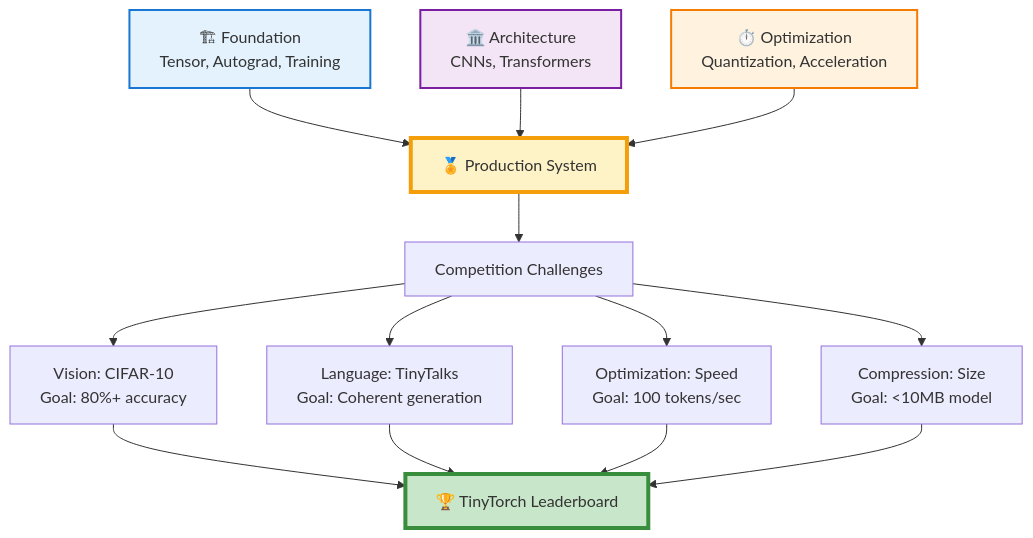
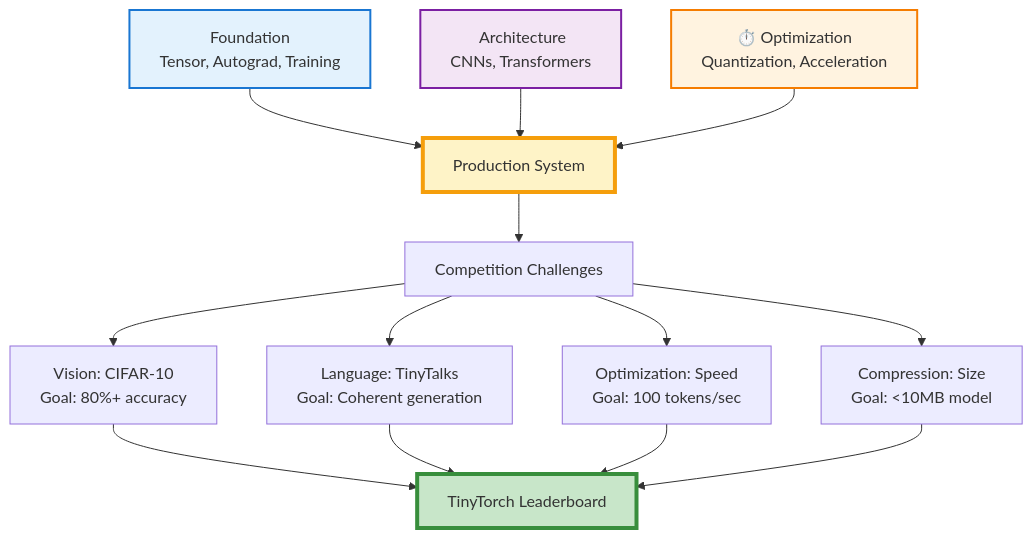
Before and after one commit to harvard-edge/cs249r_book: the diagram in tinytorch/site/tiers/olympics.md, drawn with Mermaid. The commit also changed other lines of this file and 56 other files, not shown here.

First line of the commit message:
style: rebrand "Your TinyTorch" to "Your Tiny🔥Torch" across codebase

````diff
--- a/tinytorch/site/tiers/olympics.md
+++ b/tinytorch/site/tiers/olympics.md
@@ -29,28 +29,28 @@
 ```{mermaid}
 graph TB
-    FOUNDATION[🏗 Foundation<br/>Tensor, Autograd, Training]
-    ARCHITECTURE[🏛️ Architecture<br/>CNNs, Transformers]
-    OPTIMIZATION[⏱️ Optimization<br/>Quantization, Acceleration]
+ FOUNDATION[ Foundation<br/>Tensor, Autograd, Training]
+ ARCHITECTURE[️ Architecture<br/>CNNs, Transformers]
+ OPTIMIZATION[⏱️ Optimization<br/>Quantization, Acceleration]
 
-    FOUNDATION --> SYSTEM[🏅 Production System]
-    ARCHITECTURE --> SYSTEM
-    OPTIMIZATION --> SYSTEM
+ FOUNDATION --> SYSTEM[ Production System]
+ ARCHITECTURE --> SYSTEM
+ OPTIMIZATION --> SYSTEM
 
-    SYSTEM --> CHALLENGES[Competition Challenges]
+ SYSTEM --> CHALLENGES[Competition Challenges]
 
-    CHALLENGES --> C1[Vision: CIFAR-10<br/>Goal: 80%+ accuracy]
-    CHALLENGES --> C2[Language: TinyTalks<br/>Goal: Coherent generation]
-    CHALLENGES --> C3[Optimization: Speed<br/>Goal: 100 tokens/sec]
-    CHALLENGES --> C4[Compression: Size<br/>Goal: <10MB model]
+ CHALLENGES --> C1[Vision: CIFAR-10<br/>Goal: 80%+ accuracy]
+ CHALLENGES --> C2[Language: TinyTalks<br/>Goal: Coherent generation]
+ CHALLENGES --> C3[Optimization: Speed<br/>Goal: 100 tokens/sec]
+ CHALLENGES --> C4[Compression: Size<br/>Goal: <10MB model]
 
-    C1 --> LEADERBOARD[🏆 TinyTorch Leaderboard]
-    C2 --> LEADERBOARD
-    C3 --> LEADERBOARD
-    C4 --> LEADERBOARD
+ C1 --> LEADERBOARD[ TinyTorch Leaderboard]
+ C2 --> LEADERBOARD
+ C3 --> LEADERBOARD
+ C4 --> LEADERBOARD
 
-    style FOUNDATION fill:#e3f2fd,stroke:#1976d2,stroke-width:2px
-    style ARCHITECTURE fill:#f3e5f5,stroke:#7b1fa2,stroke-width:2px
-    style OPTIMIZATION fill:#fff3e0,stroke:#f57c00,stroke-width:2px
-    style SYSTEM fill:#fef3c7,stroke:#f59e0b,stroke-width:4px
-    style LEADERBOARD fill:#c8e6c9,stroke:#388e3c,stroke-width:4px
+ style FOUNDATION fill:#e3f2fd,stroke:#1976d2,stroke-width:2px
+ style ARCHITECTURE fill:#f3e5f5,stroke:#7b1fa2,stroke-width:2px
+ style OPTIMIZATION fill:#fff3e0,stroke:#f57c00,stroke-width:2px
+ style SYSTEM fill:#fef3c7,stroke:#f59e0b,stroke-width:4px
+ style LEADERBOARD fill:#c8e6c9,stroke:#388e3c,stroke-width:4px
 ```
````
